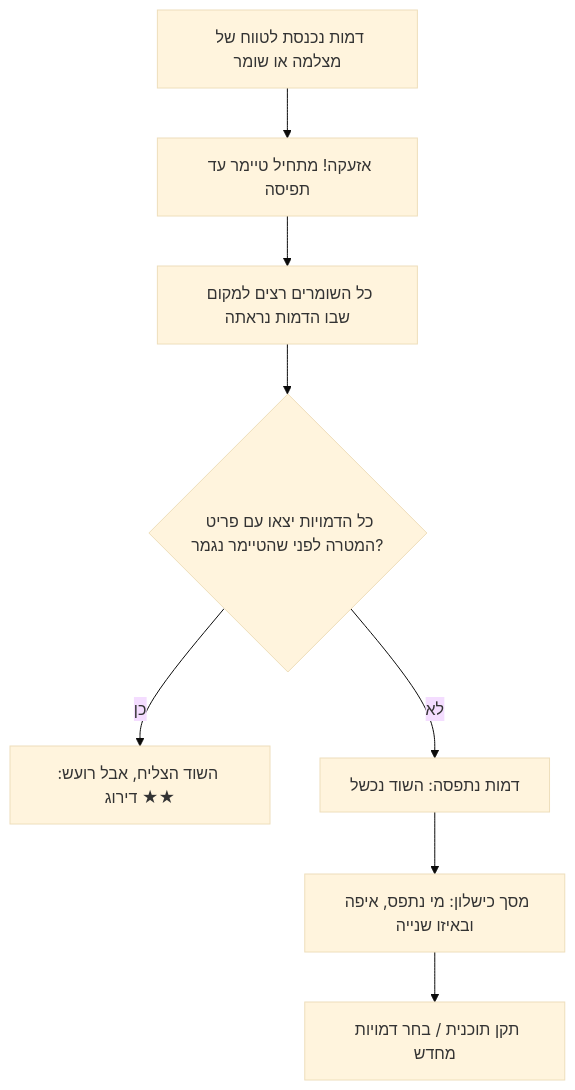
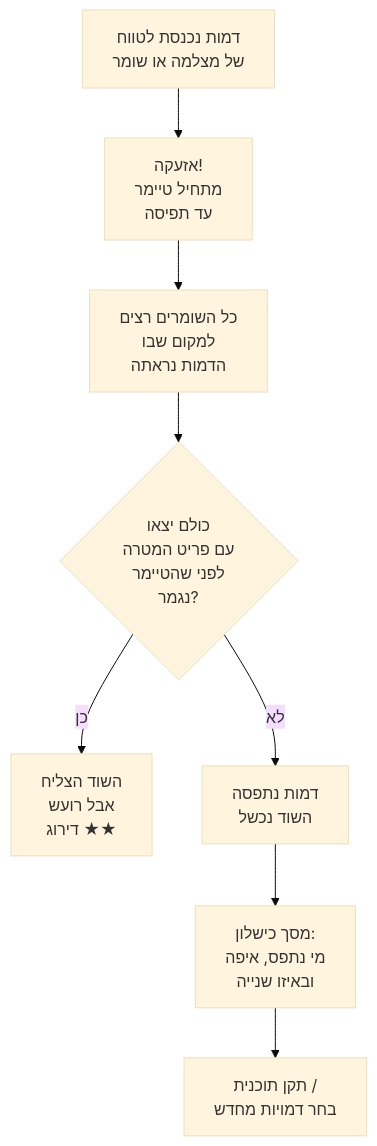
The third of 4 diagrams in Level_Design.md (Kfir-And-Evyatar-Game-Dev/---Perfect-Heist), drawn with Mermaid (base theme) before and after one commit.

Commit message:
Wrap alarm flowchart labels so they are not clipped on GitHub

````diff
--- a/Level_Design.md
+++ b/Level_Design.md
@@ -270,10 +270,10 @@
 ```mermaid
 flowchart TD
-    A["דמות נכנסת לטווח של מצלמה או שומר"] --> B["אזעקה! מתחיל טיימר עד תפיסה"]
-    B --> C["כל השומרים רצים למקום שבו הדמות נראתה"]
-    C --> D{"כל הדמויות יצאו עם פריט המטרה לפני שהטיימר נגמר?"}
-    D -- כן --> E["השוד הצליח, אבל רועש: דירוג ★★"]
-    D -- לא --> F["דמות נתפסה: השוד נכשל"]
-    F --> G["מסך כישלון: מי נתפס, איפה ובאיזו שנייה"]
-    G --> H["תקן תוכנית / בחר דמויות מחדש"]
+    A["דמות נכנסת לטווח<br/>של מצלמה או שומר"] --> B["אזעקה!<br/>מתחיל טיימר<br/>עד תפיסה"]
+    B --> C["כל השומרים רצים<br/>למקום שבו<br/>הדמות נראתה"]
+    C --> D{"כולם יצאו<br/>עם פריט המטרה<br/>לפני שהטיימר<br/>נגמר?"}
+    D -- כן --> E["השוד הצליח<br/>אבל רועש<br/>דירוג ★★"]
+    D -- לא --> F["דמות נתפסה<br/>השוד נכשל"]
+    F --> G["מסך כישלון:<br/>מי נתפס, איפה<br/>ובאיזו שנייה"]
+    G --> H["תקן תוכנית /<br/>בחר דמויות מחדש"]
 ```
````
